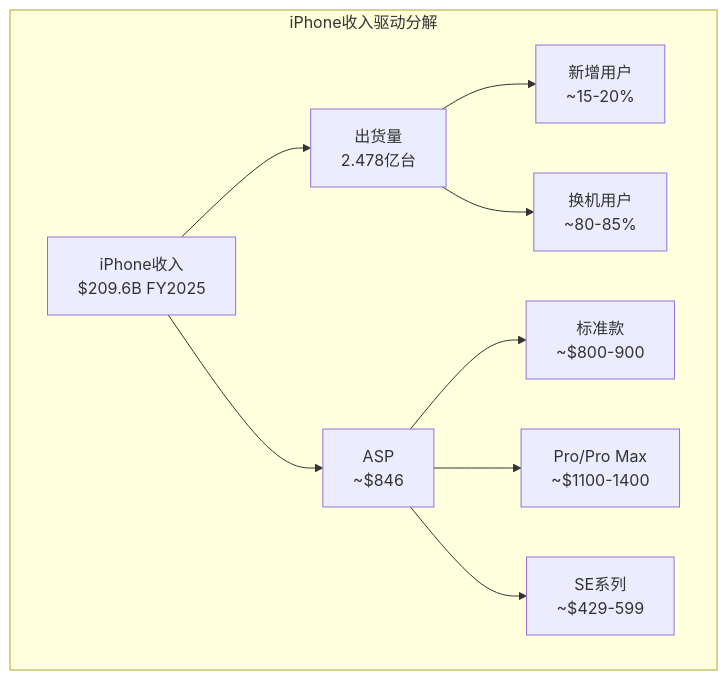
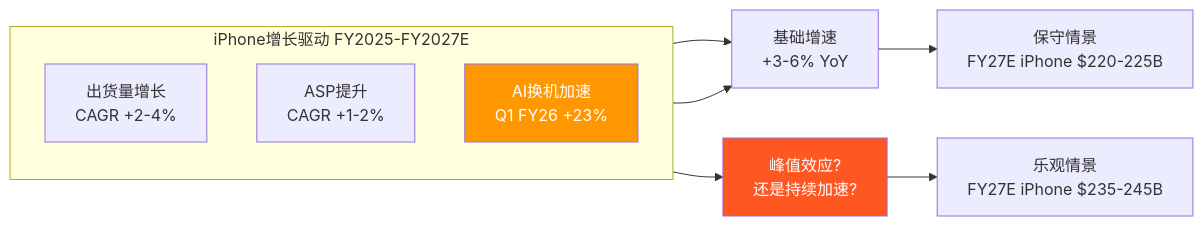
One commit to miltonnewyork25-afk/investment-master changed the second of 8 diagrams in reports/AAPL/staging/AAPL_P1_AgentA.md. Above: the diagram before and after it, drawn with Mermaid. The commit also changed other lines of this file and 2 other files, not shown here.

````diff
--- a/reports/AAPL/staging/AAPL_P1_AgentA.md
+++ b/reports/AAPL/staging/AAPL_P1_AgentA.md
@@ -115,12 +217,19 @@
 ```mermaid
-graph TD
-    subgraph "iPhone收入驱动分解"
-    A[iPhone收入<br/>$209.6B FY2025] --> B[出货量<br/>2.478亿台]
-    A --> C[ASP<br/>~$846]
-    B --> D[新增用户<br/>~15-20%]
-    B --> E[换机用户<br/>~80-85%]
-    C --> F[标准款<br/>~$800-900]
-    C --> G[Pro/Pro Max<br/>~$1100-1400]
-    C --> H[SE系列<br/>~$429-599]
+graph LR
+    subgraph "iPhone增长驱动 FY2025-FY2027E"
+        direction TB
+        V1[出货量增长<br/>CAGR +2-4%]
+        V2[ASP提升<br/>CAGR +1-2%]
+        V3[AI换机加速<br/>Q1 FY26 +23%]
     end
+
+    V1 --> R1[基础增速<br/>+3-6% YoY]
+    V2 --> R1
+    V3 --> R2[峰值效应?<br/>还是持续加速?]
+
+    R1 --> F1[保守情景<br/>FY27E iPhone $220-225B]
+    R2 --> F2[乐观情景<br/>FY27E iPhone $235-245B]
+
+    style V3 fill:#ff9800,color:white
+    style R2 fill:#ff5722,color:white
 ```
````
